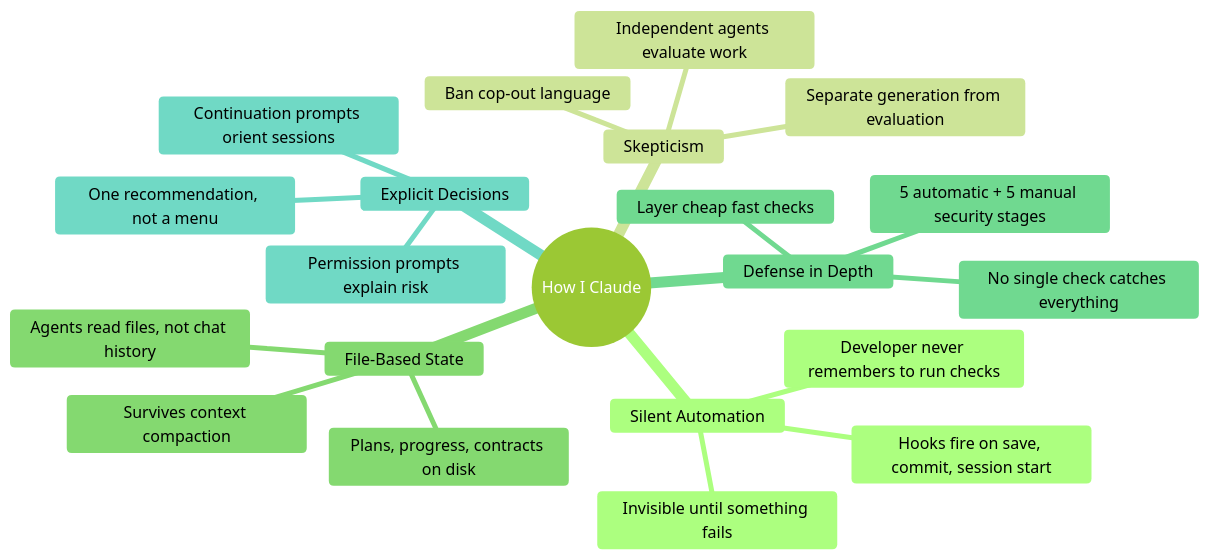
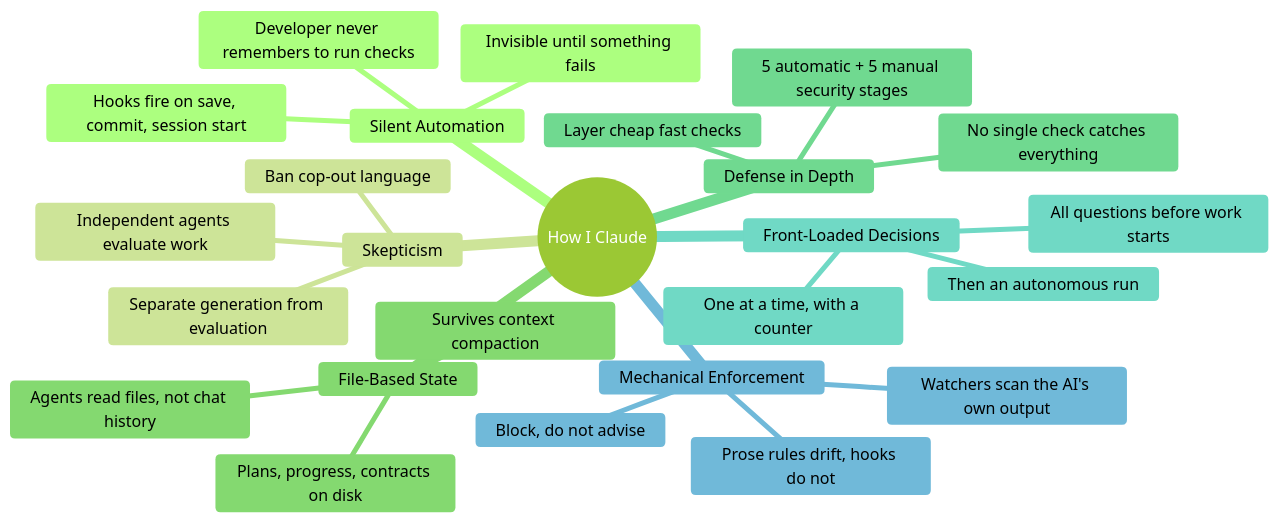
The first of 14 diagrams in README.md (acighi/how-i-claude), drawn with Mermaid (forest theme) before and after one commit. The commit also changed other lines of this file, not shown here.

````diff
--- a/README.md
+++ b/README.md
@@ -85,24 +100,28 @@
 ```mermaid
 mindmap
   root((How I Claude))
     Silent Automation
       Hooks fire on save, commit, session start
       Developer never remembers to run checks
       Invisible until something fails
     Skepticism
       Separate generation from evaluation
       Ban cop-out language
       Independent agents evaluate work
     File-Based State
       Plans, progress, contracts on disk
       Survives context compaction
       Agents read files, not chat history
     Defense in Depth
       5 automatic + 5 manual security stages
       No single check catches everything
       Layer cheap fast checks
-    Explicit Decisions
-      One recommendation, not a menu
-      Permission prompts explain risk
-      Continuation prompts orient sessions
+    Front-Loaded Decisions
+      All questions before work starts
+      One at a time, with a counter
+      Then an autonomous run
+    Mechanical Enforcement
+      Prose rules drift, hooks do not
+      Watchers scan the AI's own output
+      Block, do not advise
 ```
````
